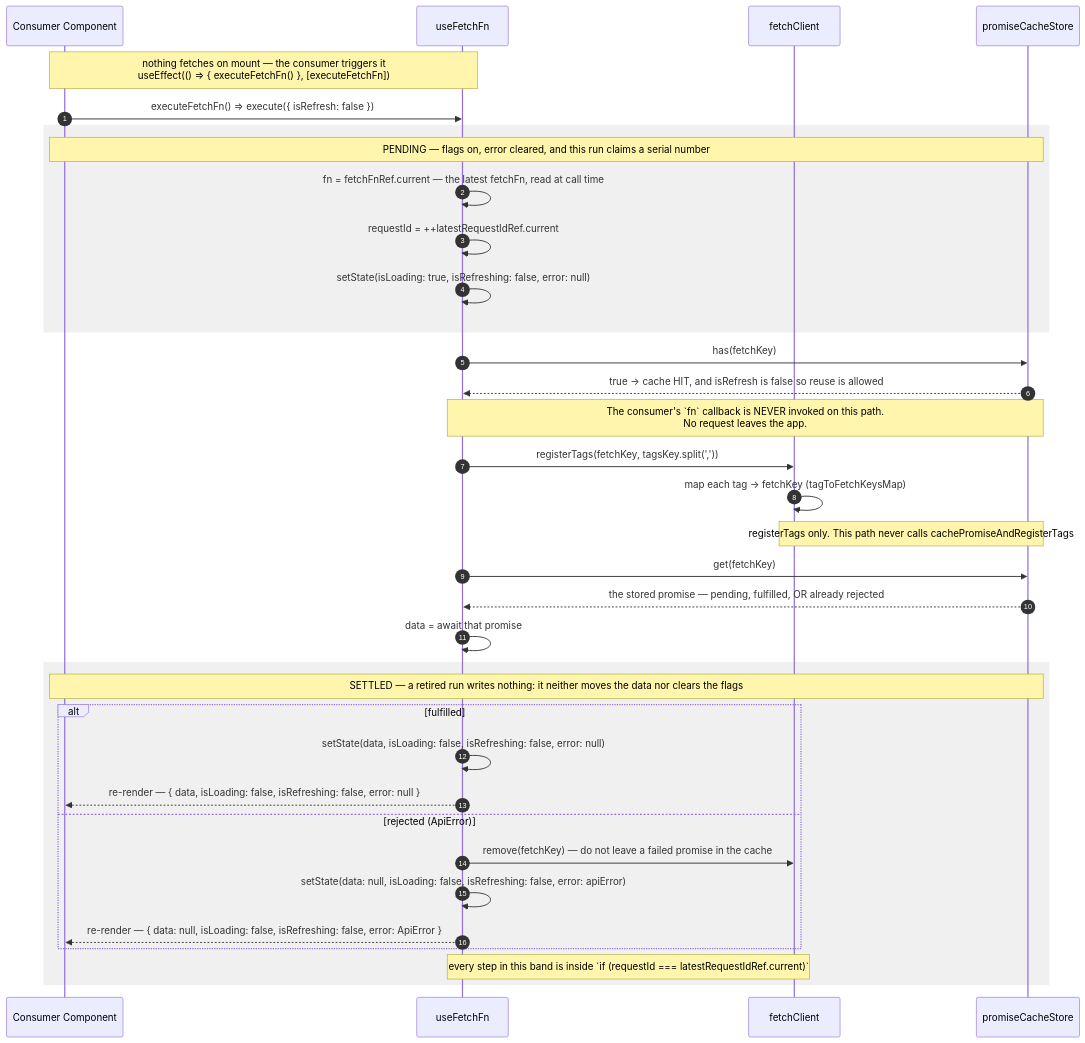
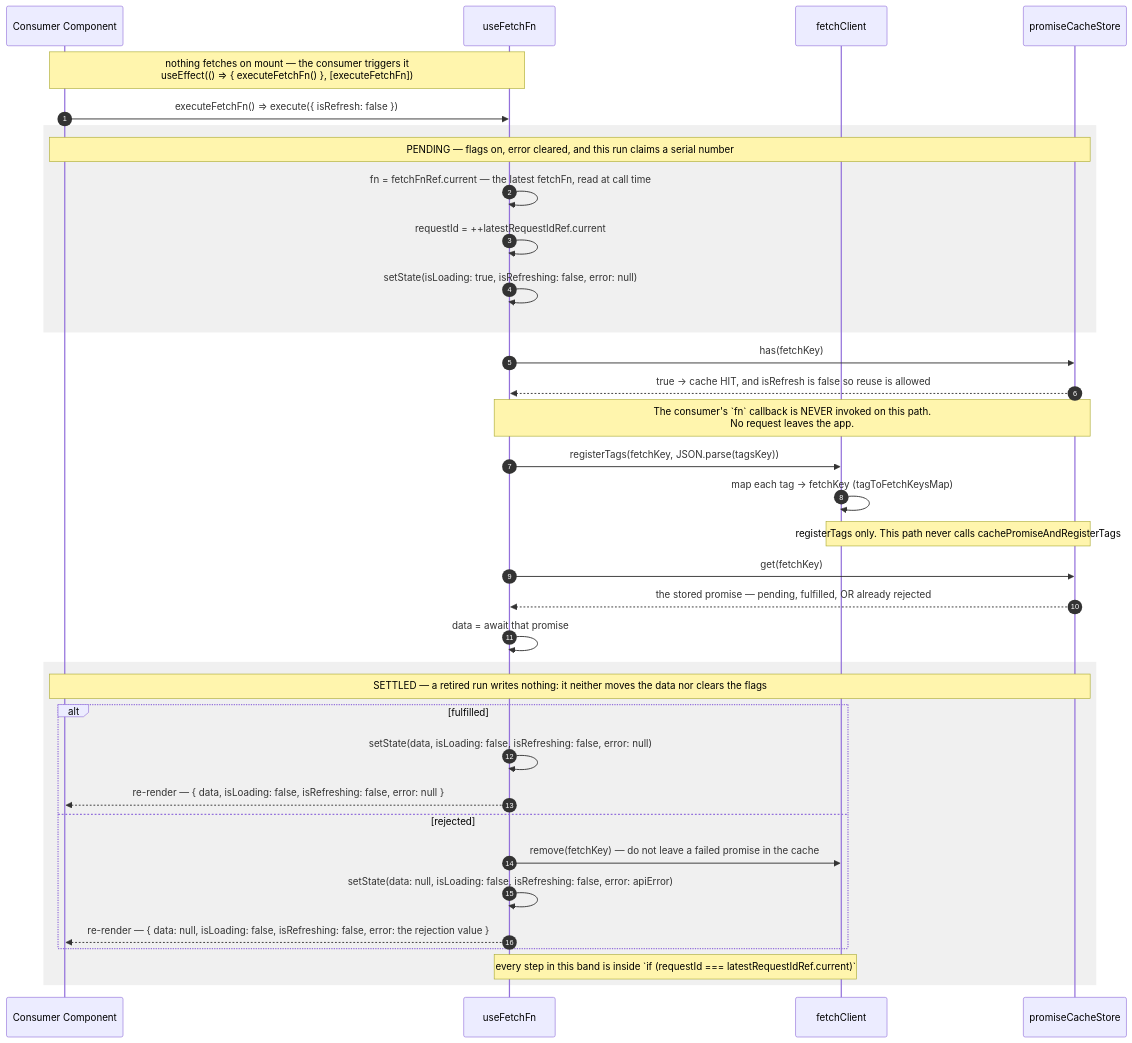
Before and after one commit to chuhaiphu/fetchwire: the second of 4 diagrams in docs/architecture/USE-FETCH-FN-FLOW.md, drawn with Mermaid. The commit also changed other lines of this file and 29 other files, not shown here.

````diff
--- a/docs/architecture/USE-FETCH-FN-FLOW.md
+++ b/docs/architecture/USE-FETCH-FN-FLOW.md
@@ -60,42 +60,42 @@
 ```mermaid
 sequenceDiagram
     autonumber
     participant Cmp as Consumer Component
     participant H as useFetchFn
     participant FC as fetchClient
     participant Cache as promiseCacheStore
 
     Note over Cmp,H: nothing fetches on mount — the consumer triggers it<br/>useEffect(() => { executeFetchFn() }, [executeFetchFn])
     Cmp->>H: executeFetchFn() ⇒ execute({ isRefresh: false })
 
     rect rgba(128,128,128,0.12)
         Note over Cmp,Cache: PENDING — flags on, error cleared, and this run claims a serial number
         H->>H: fn = fetchFnRef.current — the latest fetchFn, read at call time
         H->>H: requestId = ++latestRequestIdRef.current
         H->>H: setState(isLoading: true, isRefreshing: false, error: null)
     end
 
     H->>Cache: has(fetchKey)
     Cache-->>H: true → cache HIT, and isRefresh is false so reuse is allowed
 
     Note over H,Cache: The consumer's `fn` callback is NEVER invoked on this path.<br/>No request leaves the app.
-    H->>FC: registerTags(fetchKey, tagsKey.split(','))
+    H->>FC: registerTags(fetchKey, JSON.parse(tagsKey))
     FC->>FC: map each tag → fetchKey (tagToFetchKeysMap)
     Note over FC,Cache: registerTags only. This path never calls cachePromiseAndRegisterTags
     H->>Cache: get(fetchKey)
     Cache-->>H: the stored promise — pending, fulfilled, OR already rejected
     H->>H: data = await that promise
 
     rect rgba(128,128,128,0.12)
         Note over Cmp,Cache: SETTLED — a retired run writes nothing: it neither moves the data nor clears the flags
         alt fulfilled
             H->>H: setState(data, isLoading: false, isRefreshing: false, error: null)
             H-->>Cmp: re-render — { data, isLoading: false, isRefreshing: false, error: null }
-        else rejected (ApiError)
+        else rejected
             H->>FC: remove(fetchKey) — do not leave a failed promise in the cache
             H->>H: setState(data: null, isLoading: false, isRefreshing: false, error: apiError)
-            H-->>Cmp: re-render — { data: null, isLoading: false, isRefreshing: false, error: ApiError }
+            H-->>Cmp: re-render — { data: null, isLoading: false, isRefreshing: false, error: the rejection value }
         end
         Note over H,FC: every step in this band is inside `if (requestId === latestRequestIdRef.current)`
     end
 ```
````
